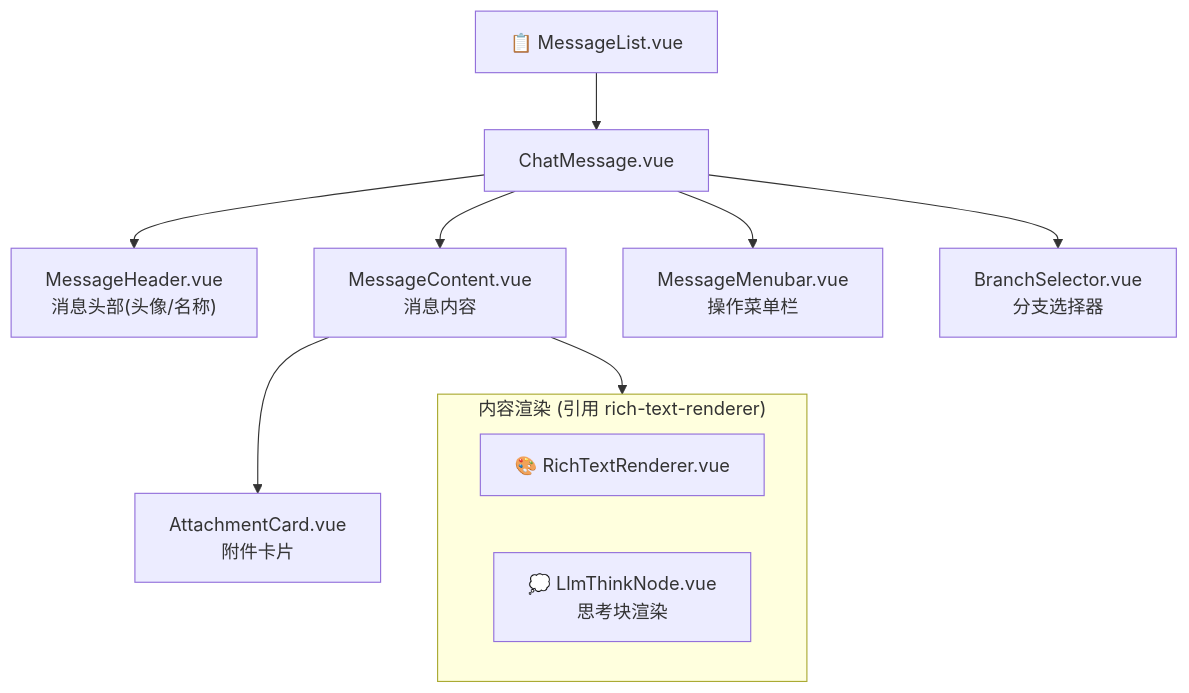
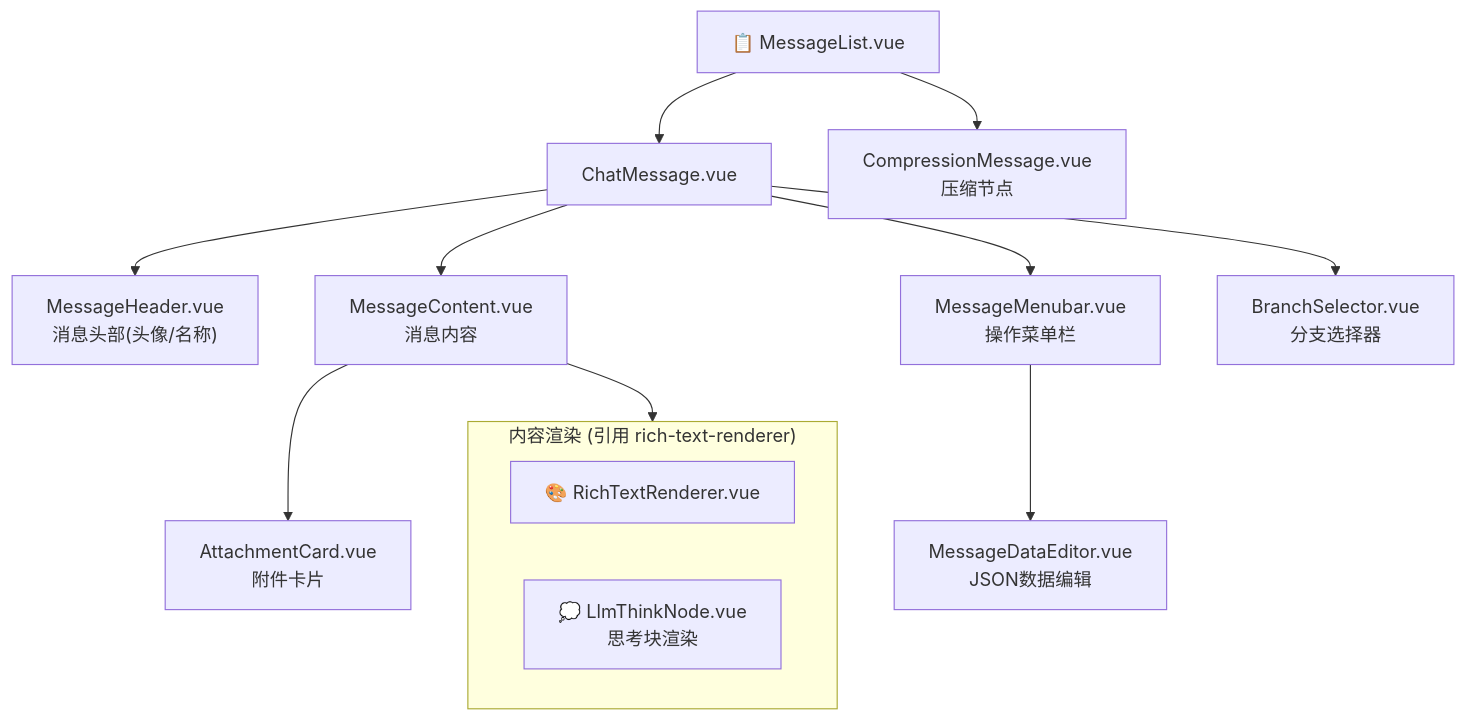
Before and after one commit to miaotouy/aio-hub: the fifth of 13 diagrams in docs/llm-chat-ui-structure.md, drawn with Mermaid. The commit also changed other lines of this file, not shown here.

````diff
--- a/docs/llm-chat-ui-structure.md
+++ b/docs/llm-chat-ui-structure.md
@@ -257,17 +305,19 @@
 ```mermaid
 flowchart TB
     MessageList["📋 MessageList.vue"] --> ChatMessage["ChatMessage.vue"]
-    
+    MessageList --> CompressionMessage["CompressionMessage.vue<br/>压缩节点"]
+
     ChatMessage --> MessageHeader["MessageHeader.vue<br/>消息头部(头像/名称)"]
     ChatMessage --> MessageContent["MessageContent.vue<br/>消息内容"]
     ChatMessage --> MessageMenubar["MessageMenubar.vue<br/>操作菜单栏"]
     ChatMessage --> BranchSelector["BranchSelector.vue<br/>分支选择器"]
-    
+
+    MessageMenubar --> MessageDataEditor["MessageDataEditor.vue<br/>JSON数据编辑"]
+
     subgraph ContentRendering["内容渲染 (引用 rich-text-renderer)"]
         RichTextRenderer["🎨 RichTextRenderer.vue"]
         LlmThinkNode["💭 LlmThinkNode.vue<br/>思考块渲染"]
     end
-    
     MessageContent --> ContentRendering
     MessageContent --> AttachmentCard["AttachmentCard.vue<br/>附件卡片"]
 ```
````
